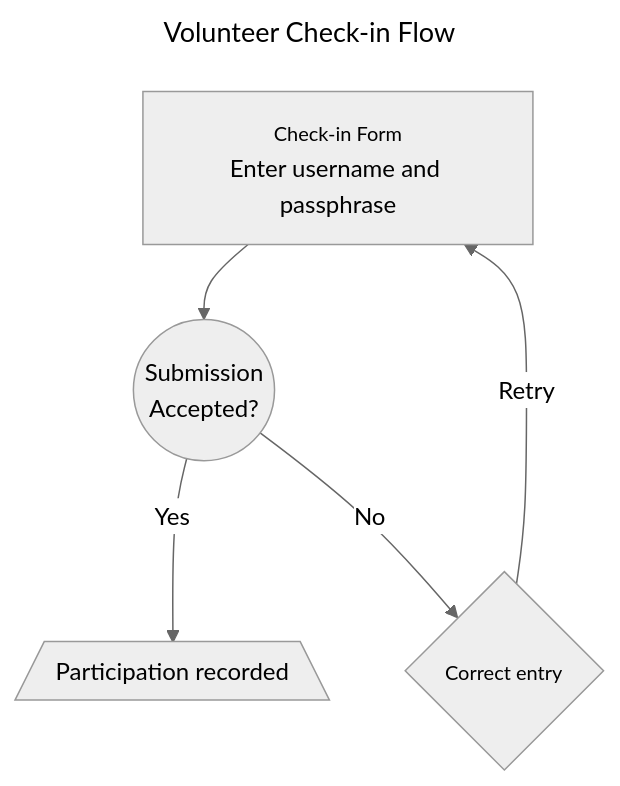
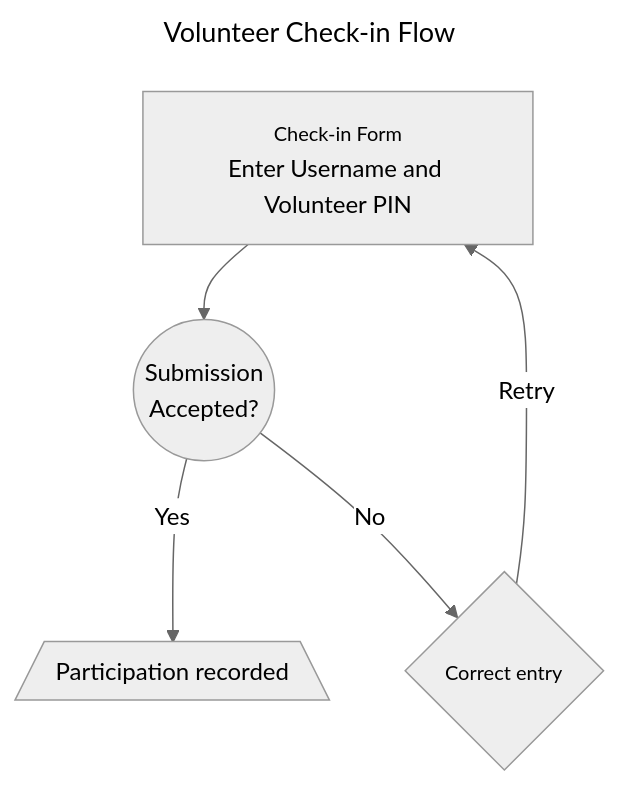
Before and after one commit to FSU-ACM/Programming-Contest-Suite: the second of 2 diagrams in docs/usage/contest_administration/contest_checkin.md, drawn with Mermaid (neutral theme).

Commit message:
Clarified volunteer inputs in check-in docs article

````diff
--- a/docs/usage/contest_administration/contest_checkin.md
+++ b/docs/usage/contest_administration/contest_checkin.md
@@ -89,10 +89,10 @@
 ```mermaid
 ---
 title: Volunteer Check-in Flow
 ---
 graph TD
-    A[<small>Check-in Form</small><br>Enter username and passphrase]--> B((Submission<br>Accepted?))
+    A[<small>Check-in Form</small><br>Enter Username and Volunteer PIN]--> B((Submission<br>Accepted?))
     B-->|Yes| C[/Participation recorded\]
 	B-->|No| D{<small>Correct entry</small><br>}
     D-->|Retry| A
 ``` 
````
